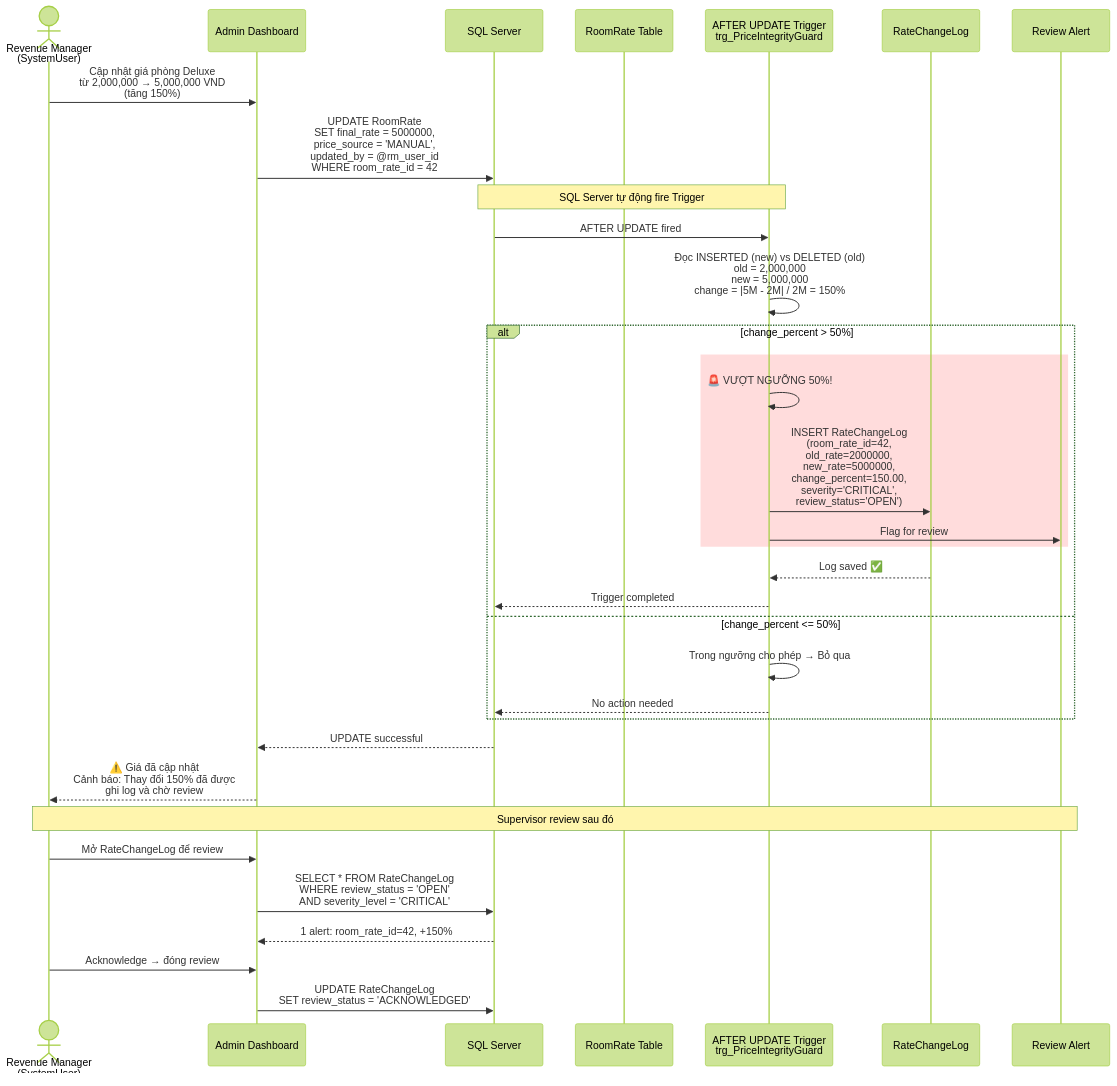
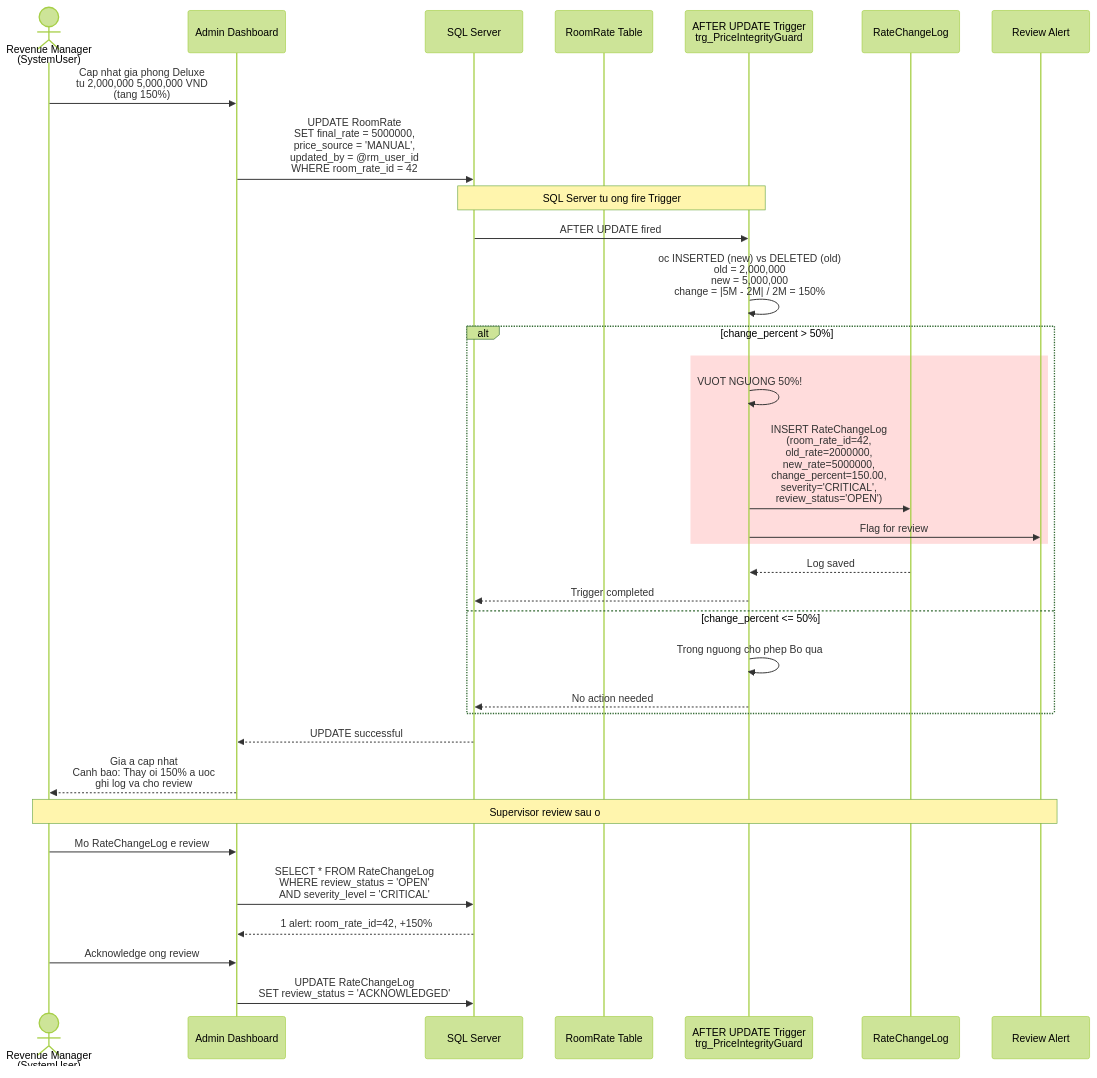
Before and after one commit to DinhQuocCuong28664/Advance_Database_Final_Project: the third of 4 diagrams in docs/LuxeReserve_SequenceDiagrams.md, drawn with Mermaid (forest theme). The commit also changed other lines of this file and 111 other files, not shown here.

Commit message:
feat: refresh demo flows and normalize repo text

````diff
--- a/docs/LuxeReserve_SequenceDiagrams.md
+++ b/docs/LuxeReserve_SequenceDiagrams.md
@@ -169,47 +169,47 @@
 ```mermaid
 sequenceDiagram
     actor RM as Revenue Manager<br/>(SystemUser)
     participant App as Admin Dashboard
     participant SQL as SQL Server
     participant RR as RoomRate Table
     participant TRG as AFTER UPDATE Trigger<br/>trg_PriceIntegrityGuard
     participant RCL as RateChangeLog
     participant Notify as Review Alert
 
-    RM->>App: Cập nhật giá phòng Deluxe<br/>từ 2,000,000 → 5,000,000 VND<br/>(tăng 150%)
+    RM->>App: Cap nhat gia phong Deluxe<br/>tu 2,000,000  5,000,000 VND<br/>(tang 150%)
 
     App->>SQL: UPDATE RoomRate<br/>SET final_rate = 5000000,<br/>price_source = 'MANUAL',<br/>updated_by = @rm_user_id<br/>WHERE room_rate_id = 42
 
-    Note over SQL, TRG: SQL Server tự động fire Trigger
+    Note over SQL, TRG: SQL Server tu ong fire Trigger
 
     SQL->>TRG: AFTER UPDATE fired
 
-    TRG->>TRG: Đọc INSERTED (new) vs DELETED (old)<br/>old = 2,000,000<br/>new = 5,000,000<br/>change = |5M - 2M| / 2M = 150%
+    TRG->>TRG: oc INSERTED (new) vs DELETED (old)<br/>old = 2,000,000<br/>new = 5,000,000<br/>change = |5M - 2M| / 2M = 150%
 
     alt change_percent > 50%
         rect rgb(255, 220, 220)
-            TRG->>TRG: 🚨 VƯỢT NGƯỠNG 50%!
+            TRG->>TRG:  VUOT NGUONG 50%!
 
             TRG->>RCL: INSERT RateChangeLog<br/>(room_rate_id=42,<br/>old_rate=2000000,<br/>new_rate=5000000,<br/>change_percent=150.00,<br/>severity='CRITICAL',<br/>review_status='OPEN')
 
             TRG->>Notify: Flag for review
         end
 
-        RCL-->>TRG: Log saved ✅
+        RCL-->>TRG: Log saved 
         TRG-->>SQL: Trigger completed
     else change_percent <= 50%
-        TRG->>TRG: Trong ngưỡng cho phép → Bỏ qua
+        TRG->>TRG: Trong nguong cho phep  Bo qua
         TRG-->>SQL: No action needed
     end
 
     SQL-->>App: UPDATE successful
-    App-->>RM: ⚠️ Giá đã cập nhật<br/>Cảnh báo: Thay đổi 150% đã được<br/>ghi log và chờ review
+    App-->>RM:  Gia a cap nhat<br/>Canh bao: Thay oi 150% a uoc<br/>ghi log va cho review
 
-    Note over RM, Notify: Supervisor review sau đó
+    Note over RM, Notify: Supervisor review sau o
 
-    RM->>App: Mở RateChangeLog để review
+    RM->>App: Mo RateChangeLog e review
     App->>SQL: SELECT * FROM RateChangeLog<br/>WHERE review_status = 'OPEN'<br/>AND severity_level = 'CRITICAL'
     SQL-->>App: 1 alert: room_rate_id=42, +150%
-    RM->>App: Acknowledge → đóng review
+    RM->>App: Acknowledge  ong review
     App->>SQL: UPDATE RateChangeLog<br/>SET review_status = 'ACKNOWLEDGED'
 ```
````
